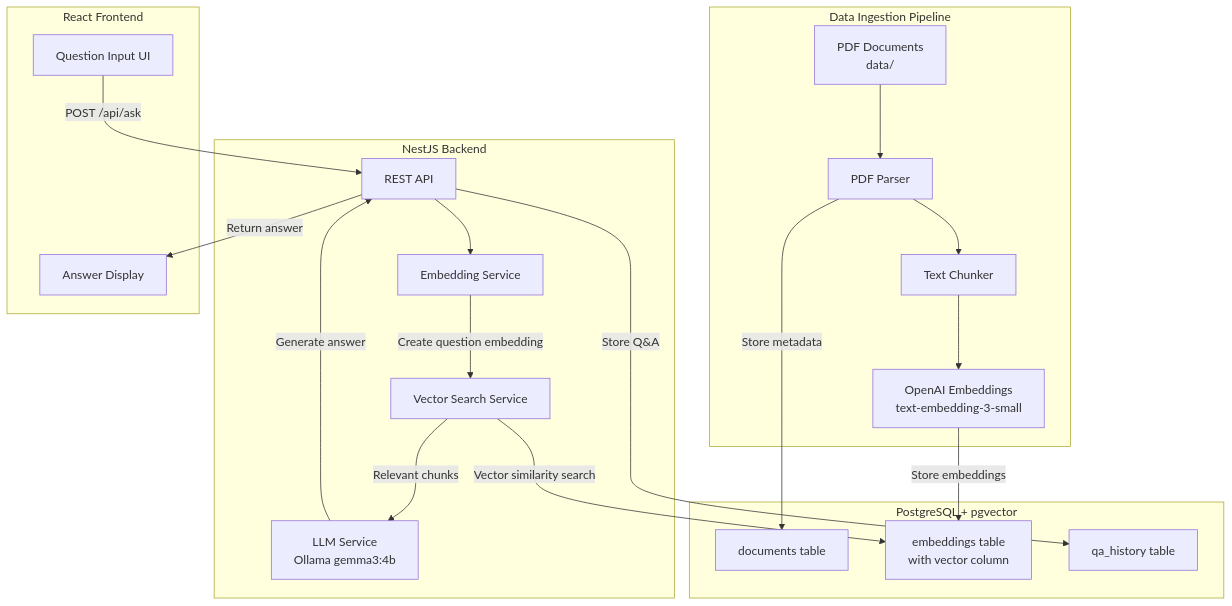
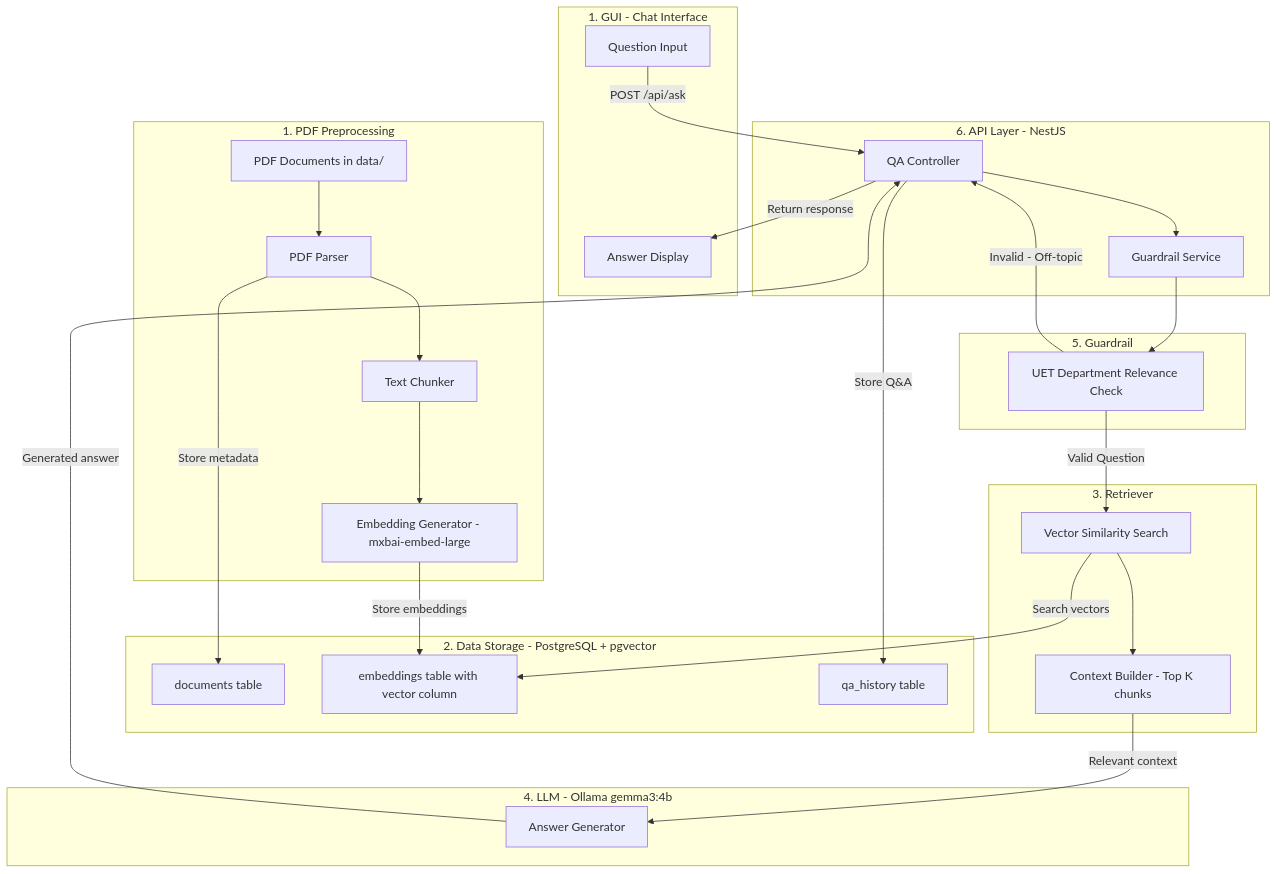
One commit to Sanan4li/MS_AI_NLP_PROJECT changed the first of 3 diagrams in diagrams/qa_system_architecture_85c97fbf.plan.md. Above: the diagram before and after it, drawn with Mermaid. The commit also changed other lines of this file and 33 other files, not shown here.

Commit message:
changed the openAI embeddings to use mxbai-embed-large

````diff
--- a/diagrams/qa_system_architecture_85c97fbf.plan.md
+++ b/diagrams/qa_system_architecture_85c97fbf.plan.md
@@ -15,40 +17,54 @@
 ```mermaid
 flowchart TB
-    subgraph DataIngestion [Data Ingestion Pipeline]
-        PDFs["PDF Documents<br/>data/"]
-        Parser["PDF Parser"]
-        Chunker["Text Chunker"]
-        EmbedGen["OpenAI Embeddings<br/>text-embedding-3-small"]
-        PDFs --> Parser --> Chunker --> EmbedGen
+    subgraph GUI ["1. GUI - Chat Interface"]
+        ChatUI["Question Input"]
+        AnswerView["Answer Display"]
     end
 
-    subgraph Database [PostgreSQL + pgvector]
-        DocTable["documents table"]
-        EmbedTable["embeddings table<br/>with vector column"]
-        QATable["qa_history table"]
+    subgraph APILayer ["6. API Layer - NestJS"]
+        Controller["QA Controller"]
+        GuardrailSvc["Guardrail Service"]
     end
 
-    subgraph Backend [NestJS Backend]
-        API["REST API"]
-        EmbedService["Embedding Service"]
-        SearchService["Vector Search Service"]
-        LLMService["LLM Service<br/>Ollama gemma3:4b"]
+    subgraph Guardrail ["5. Guardrail"]
+        ValidateRelevance["UET Department Relevance Check"]
     end
 
-    subgraph Frontend [React Frontend]
-        UI["Question Input UI"]
-        Display["Answer Display"]
+    subgraph Preprocessing ["1. PDF Preprocessing"]
+        PDFParser["PDF Parser"]
+        TextChunker["Text Chunker"]
+        EmbedGen["Embedding Generator - mxbai-embed-large"]
+        PDFs["PDF Documents in data/"]
     end
 
-    EmbedGen -->|"Store embeddings"| EmbedTable
-    Parser -->|"Store metadata"| DocTable
+    subgraph Storage ["2. Data Storage - PostgreSQL + pgvector"]
+        Documents["documents table"]
+        Embeddings["embeddings table with vector column"]
+        History["qa_history table"]
+    end
 
-    UI -->|"POST /api/ask"| API
-    API --> EmbedService
-    EmbedService -->|"Create question embedding"| SearchService
-    SearchService -->|"Vector similarity search"| EmbedTable
-    SearchService -->|"Relevant chunks"| LLMService
-    LLMService -->|"Generate answer"| API
-    API -->|"Store Q&A"| QATable
-    API -->|"Return answer"| Display
+    subgraph Retriever ["3. Retriever"]
+        VectorSearch["Vector Similarity Search"]
+        ContextBuilder["Context Builder - Top K chunks"]
+    end
+
+    subgraph LLM ["4. LLM - Ollama gemma3:4b"]
+        Generator["Answer Generator"]
+    end
+
+    PDFs --> PDFParser --> TextChunker --> EmbedGen
+    EmbedGen -->|"Store embeddings"| Embeddings
+    PDFParser -->|"Store metadata"| Documents
+
+    ChatUI -->|"POST /api/ask"| Controller
+    Controller --> GuardrailSvc
+    GuardrailSvc --> ValidateRelevance
+    ValidateRelevance -->|"Valid Question"| VectorSearch
+    ValidateRelevance -->|"Invalid - Off-topic"| Controller
+    VectorSearch -->|"Search vectors"| Embeddings
+    VectorSearch --> ContextBuilder
+    ContextBuilder -->|"Relevant context"| Generator
+    Generator -->|"Generated answer"| Controller
+    Controller -->|"Store Q&A"| History
+    Controller -->|"Return response"| AnswerView
 ```
````
